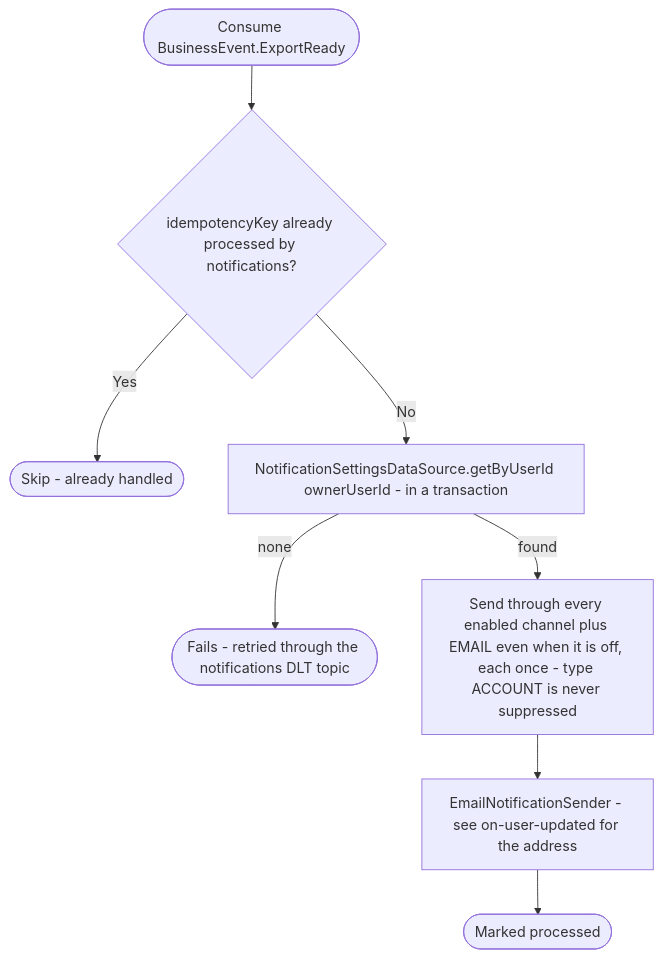
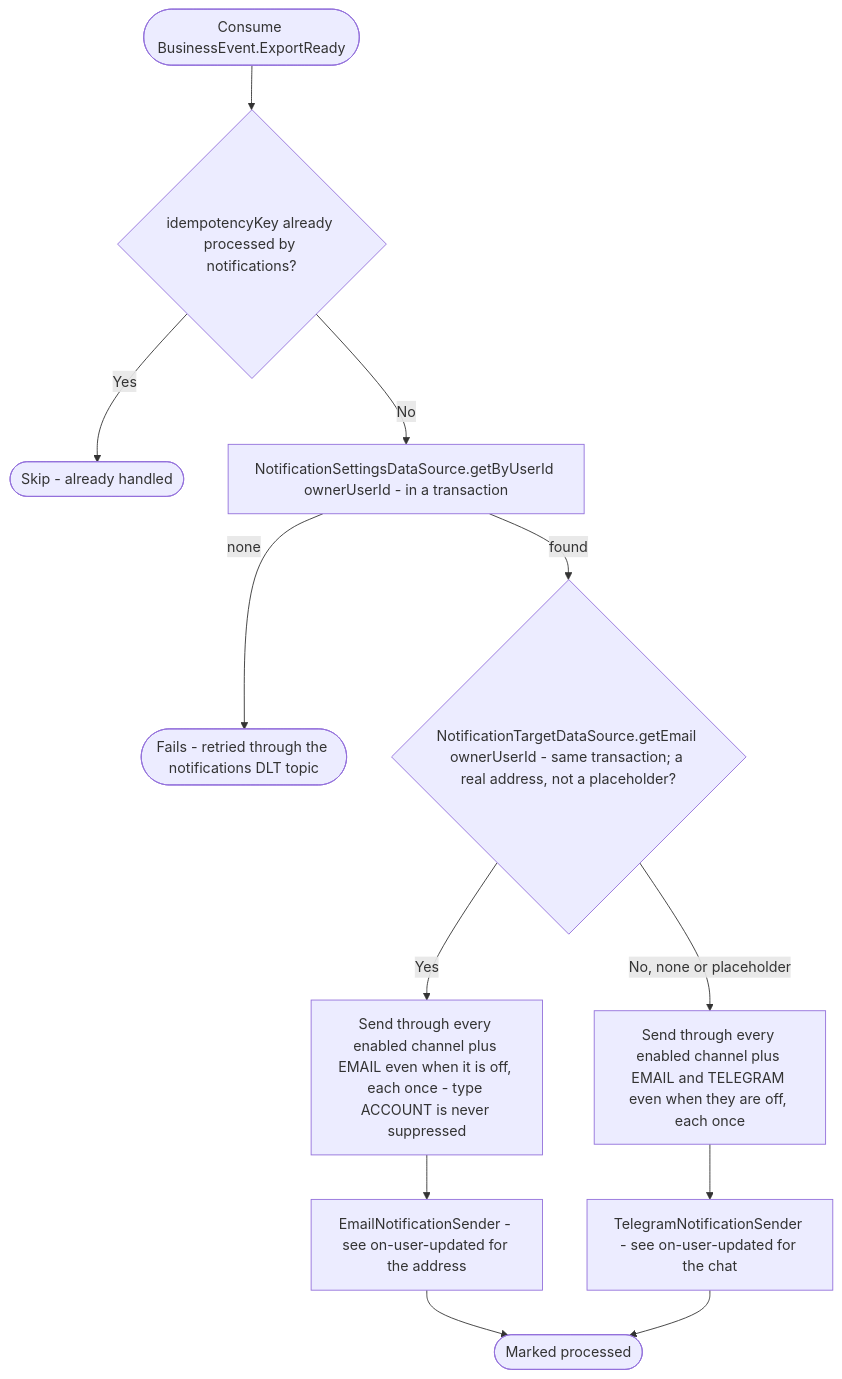
Before and after one commit to nocturneproperties/bookkme: the diagram in docs/operations/notifications/on-business-export-ready.md, drawn with Mermaid. The commit also changed other lines of this file and 40 other files, not shown here.

````diff
--- a/docs/operations/notifications/on-business-export-ready.md
+++ b/docs/operations/notifications/on-business-export-ready.md
@@ -16,10 +18,14 @@
 ```mermaid
 flowchart TD
     Start([Consume BusinessEvent.ExportReady]) --> Dedup{idempotencyKey already processed by notifications?}
     Dedup -- Yes --> Skip([Skip - already handled])
     Dedup -- No --> Settings[NotificationSettingsDataSource.getByUserId ownerUserId - in a transaction]
     Settings -- none --> Fail([Fails - retried through the notifications DLT topic])
-    Settings -- found --> Channels["Send through every enabled channel plus EMAIL even when it is off, each once - type ACCOUNT is never suppressed"]
+    Settings -- found --> Deliverable{"NotificationTargetDataSource.getEmail ownerUserId - same transaction; a real address, not a placeholder?"}
+    Deliverable -- Yes --> Channels["Send through every enabled channel plus EMAIL even when it is off, each once - type ACCOUNT is never suppressed"]
+    Deliverable -- No, none or placeholder --> ChannelsTelegram["Send through every enabled channel plus EMAIL and TELEGRAM even when they are off, each once"]
     Channels --> Email[EmailNotificationSender - see on-user-updated for the address]
+    ChannelsTelegram --> Telegram[TelegramNotificationSender - see on-user-updated for the chat]
     Email --> Ack([Marked processed])
+    Telegram --> Ack
 ```
````
